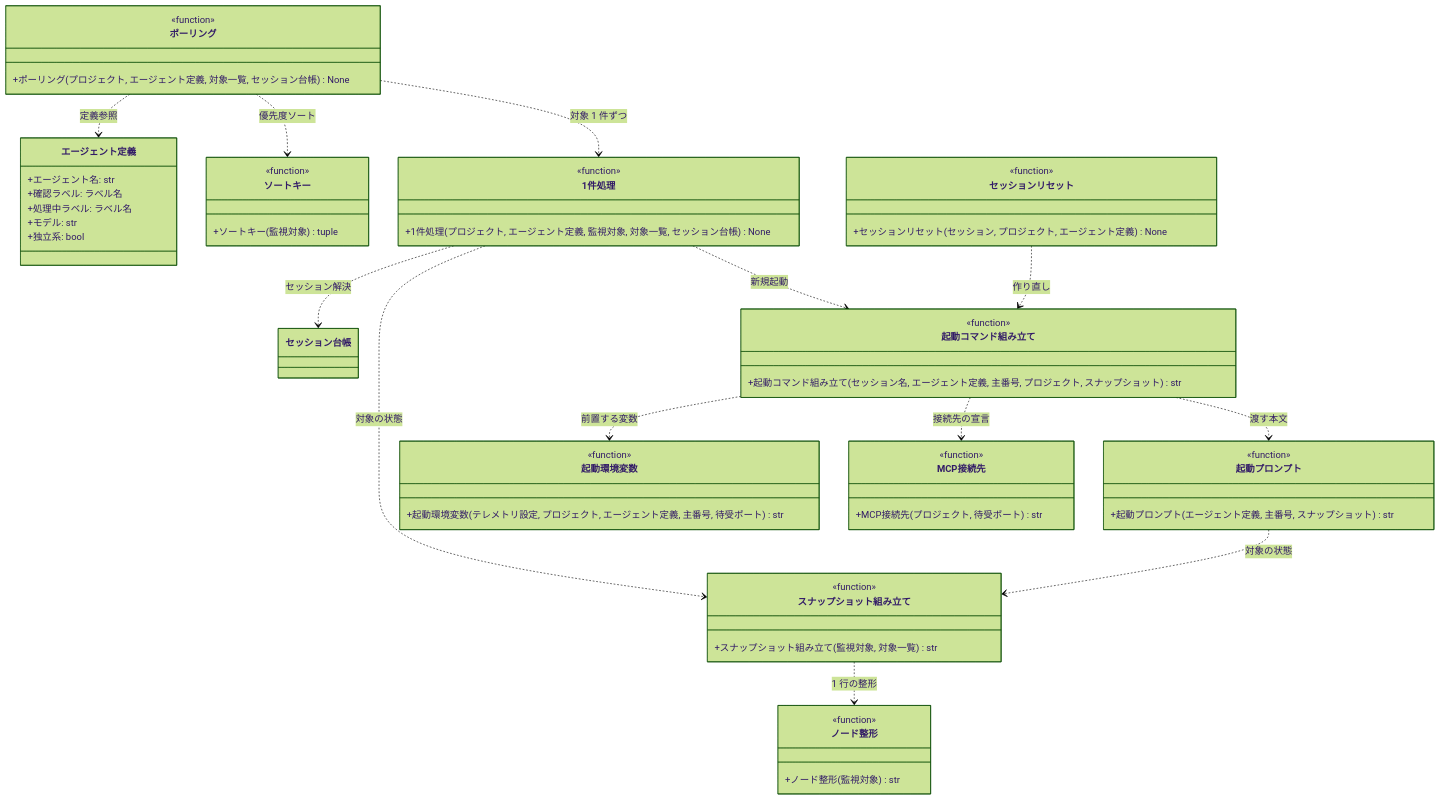
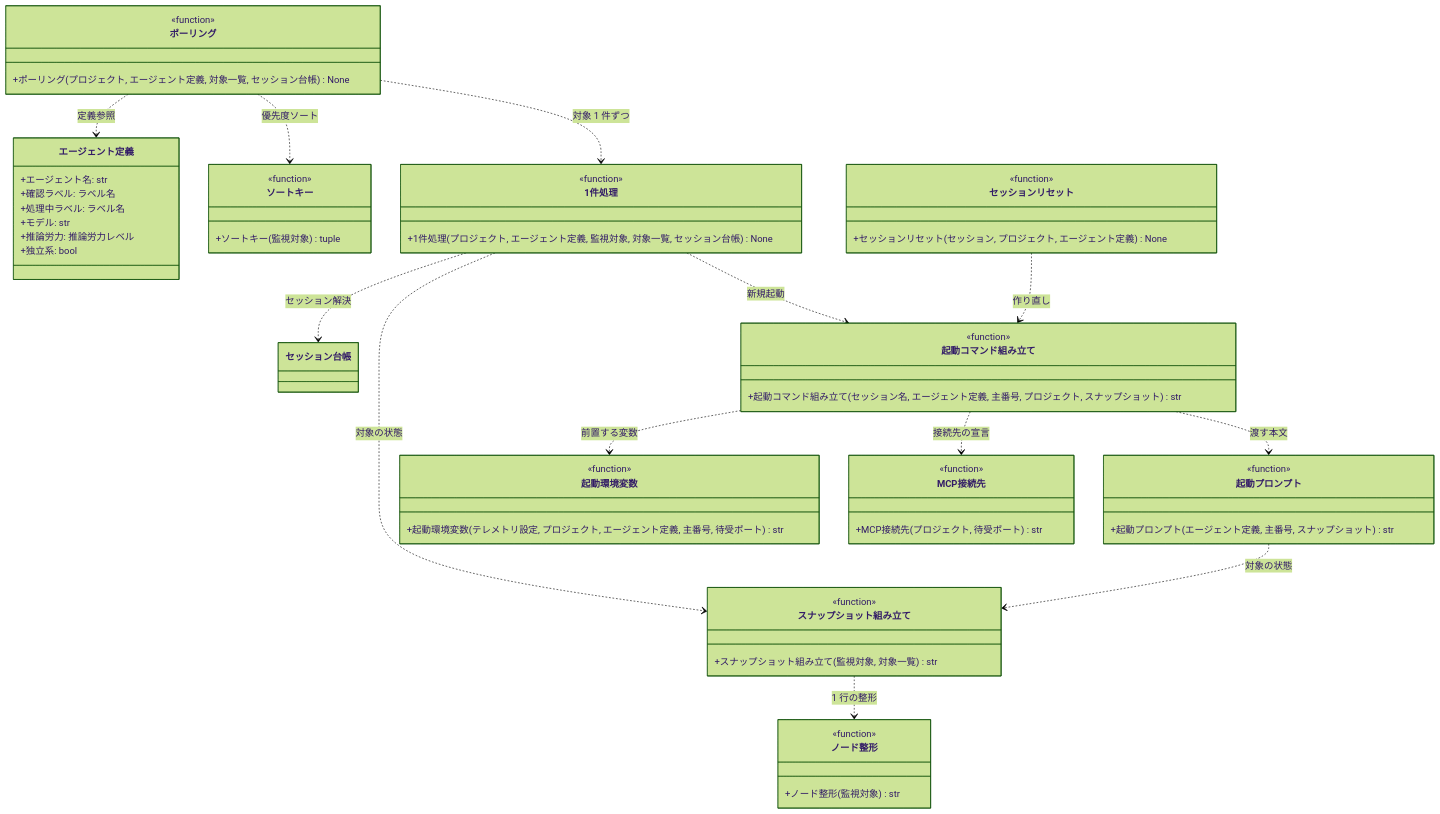
Before and after one commit to shuhei1101/ai-monitor: the fourth of 5 diagrams in docs/wiki/設計図/モジュール構成/モニター/エージェント管理.py.md, drawn with Mermaid (forest theme). The commit also changed other lines of this file and 22 other files, not shown here.

````diff
--- a/docs/wiki/設計図/モジュール構成/モニター/エージェント管理.py.md
+++ b/docs/wiki/設計図/モジュール構成/モニター/エージェント管理.py.md
@@ -212,79 +219,80 @@
 ```mermaid
 classDiagram
   direction TD
   ポーリング ..> エージェント定義 : 定義参照
   ポーリング ..> ソートキー : 優先度ソート
   ポーリング ..> 1件処理 : 対象 1 件ずつ
   1件処理 ..> セッション台帳 : セッション解決
   1件処理 ..> スナップショット組み立て : 対象の状態
   1件処理 ..> 起動コマンド組み立て : 新規起動
   セッションリセット ..> 起動コマンド組み立て : 作り直し
   起動コマンド組み立て ..> 起動環境変数 : 前置する変数
   起動コマンド組み立て ..> MCP接続先 : 接続先の宣言
   起動コマンド組み立て ..> 起動プロンプト : 渡す本文
   起動プロンプト ..> スナップショット組み立て : 対象の状態
   スナップショット組み立て ..> ノード整形 : 1 行の整形
 
   class ポーリング {
     <<function>>
     +ポーリング(プロジェクト, エージェント定義, 対象一覧, セッション台帳) None
   }
   class ソートキー {
     <<function>>
     +ソートキー(監視対象) tuple
   }
   class 1件処理 {
     <<function>>
     +1件処理(プロジェクト, エージェント定義, 監視対象, 対象一覧, セッション台帳) None
   }
   class スナップショット組み立て {
     <<function>>
     +スナップショット組み立て(監視対象, 対象一覧) str
   }
   class ノード整形 {
     <<function>>
     +ノード整形(監視対象) str
   }
   class 起動コマンド組み立て {
     <<function>>
     +起動コマンド組み立て(セッション名, エージェント定義, 主番号, プロジェクト, スナップショット) str
   }
   class 起動プロンプト {
     <<function>>
     +起動プロンプト(エージェント定義, 主番号, スナップショット) str
   }
   class 起動環境変数 {
     <<function>>
     +起動環境変数(テレメトリ設定, プロジェクト, エージェント定義, 主番号, 待受ポート) str
   }
   class MCP接続先 {
     <<function>>
     +MCP接続先(プロジェクト, 待受ポート) str
   }
   class セッションリセット {
     <<function>>
     +セッションリセット(セッション, プロジェクト, エージェント定義) None
   }
   class エージェント定義 {
     +エージェント名: str
     +確認ラベル: ラベル名
     +処理中ラベル: ラベル名
     +モデル: str
+    +推論労力: 推論労力レベル
     +独立系: bool
   }
   class セッション台帳 {
   }
 
   click ポーリング href "#ポーリング"
   click ソートキー href "#ソートキー"
   click 1件処理 href "#1-件処理"
   click スナップショット組み立て href "#スナップショット組み立て"
   click ノード整形 href "#ノード整形"
   click 起動コマンド組み立て href "#起動コマンド組み立て"
   click 起動プロンプト href "#起動プロンプト"
   click 起動環境変数 href "#起動環境変数"
   click MCP接続先 href "#mcp接続先"
   click セッションリセット href "#セッションリセット"
   click エージェント定義 href "#エージェント定義"
   click セッション台帳 href "#セッション台帳"
 ```
````
